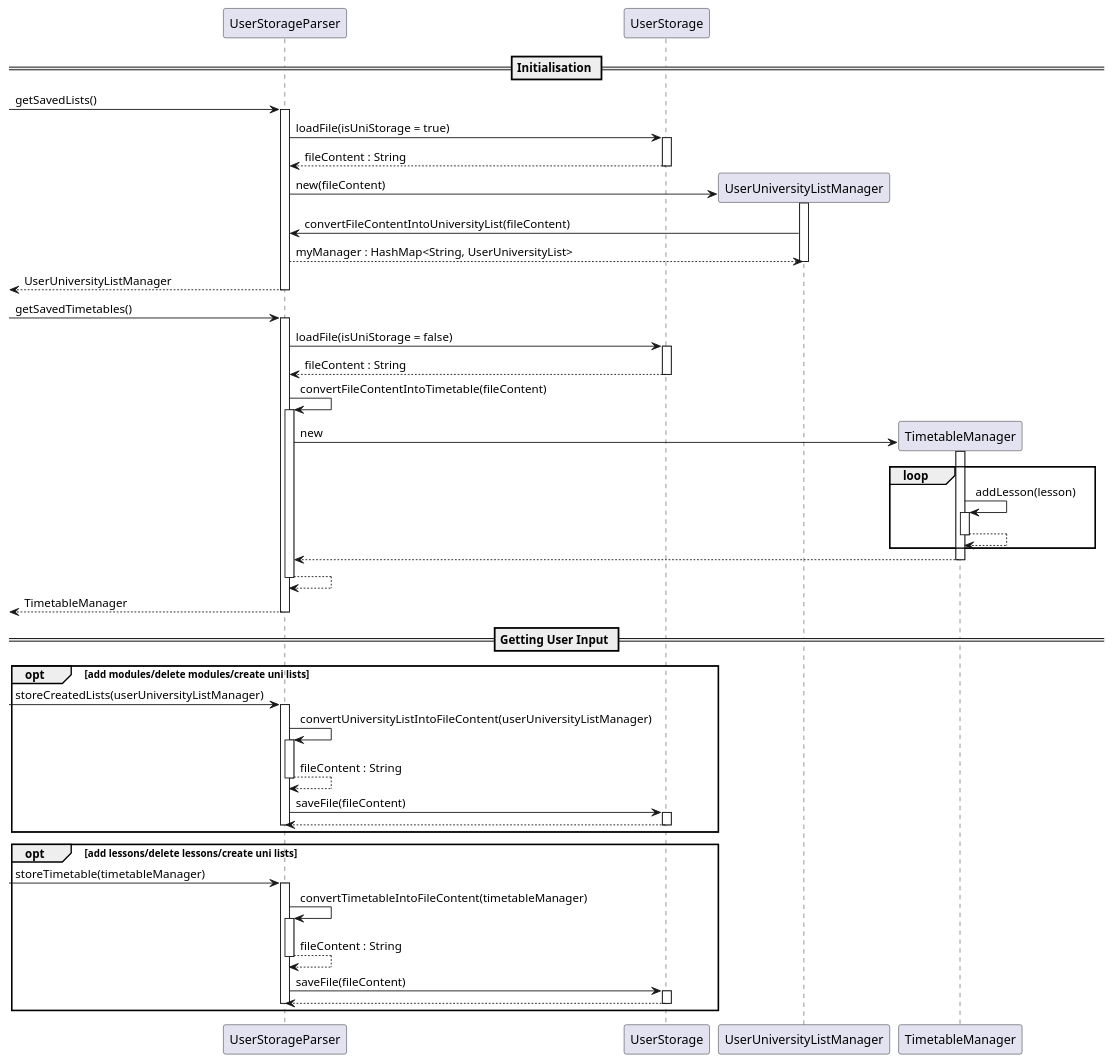
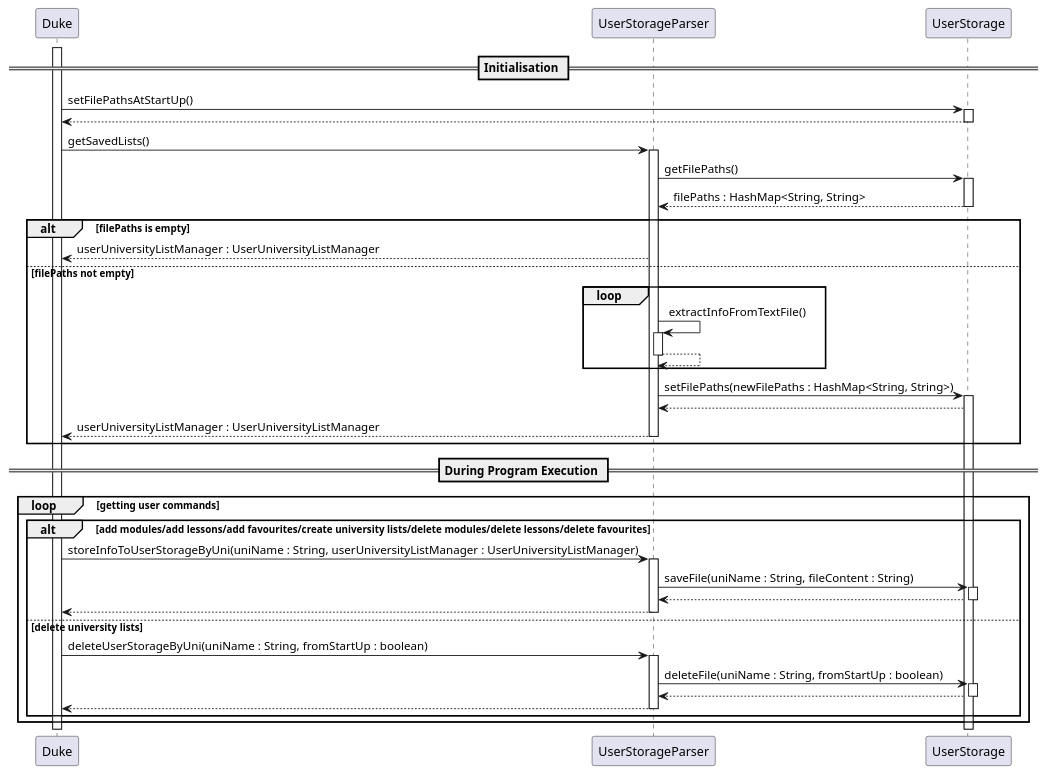
One commit to nus-cs2113-AY2223S1/tp changed the diagram in docs/diagrams/UserStorage_Sequence.puml. Above: the diagram before and after it, drawn with PlantUML. The commit also changed 7 other files, not shown here.

Commit message:
Update DG based on new implementation of user storage

```diff
--- a/docs/diagrams/UserStorage_Sequence.puml
+++ b/docs/diagrams/UserStorage_Sequence.puml
@@ -1,78 +1,57 @@
 @startuml
-
 == Initialisation ==
-
--> UserStorageParser : getSavedLists()
-activate UserStorageParser
-
-UserStorageParser -> UserStorage : loadFile(isUniStorage = true)
+activate Duke
+participant UserStorageParser
+Duke -> UserStorage : setFilePathsAtStartUp()
 activate UserStorage
-UserStorage --> UserStorageParser : fileContent : String
+UserStorage --> Duke
 deactivate UserStorage
 
-create UserUniversityListManager
-UserStorageParser -> UserUniversityListManager : new(fileContent)
-activate UserUniversityListManager
-UserUniversityListManager -> UserStorageParser : convertFileContentIntoUniversityList(fileContent)
-UserStorageParser --> UserUniversityListManager : myManager : HashMap<String, UserUniversityList>
-deactivate UserUniversityListManager
-<-- UserStorageParser : UserUniversityListManager
-deactivate UserStorageParser
+Duke -> UserStorageParser : getSavedLists()
+activate UserStorageParser
+UserStorageParser -> UserStorage : getFilePaths()
+activate UserStorage
+UserStorage --> UserStorageParser : filePaths : HashMap<String, String>
+deactivate UserStorage
+alt filePaths is empty
+UserStorageParser --> Duke : userUniversityListManager : UserUniversityListManager
 
--> UserStorageParser : getSavedTimetables()
+else filePaths not empty
+loop
+UserStorageParser -> UserStorageParser : extractInfoFromTextFile()
 activate UserStorageParser
-UserStorageParser -> UserStorage : loadFile(isUniStorage = false)
-activate UserStorage
-UserStorage --> UserStorageParser : fileContent : String
-deactivate UserStorage
-
-UserStorageParser -> UserStorageParser : convertFileContentIntoTimetable(fileContent)
-activate UserStorageParser
-create TimetableManager
-UserStorageParser -> TimetableManager : new
-activate TimetableManager
-loop
-TimetableManager -> TimetableManager : addLesson(lesson)
-activate TimetableManager
-TimetableManager --> TimetableManager
-deactivate TimetableManager
-end
-TimetableManager --> UserStorageParser
-deactivate TimetableManager
 UserStorageParser --> UserStorageParser
 deactivate UserStorageParser
-<-- UserStorageParser : TimetableManager
+end
+UserStorageParser -> UserStorage : setFilePaths(newFilePaths : HashMap<String, String>)
+activate UserStorage
+UserStorage --> UserStorageParser
+UserStorageParser --> Duke : userUniversityListManager : UserUniversityListManager
 deactivate UserStorageParser
+end
 
-== Getting User Input ==
-
-opt add modules/delete modules/create uni lists
--> UserStorageParser : storeCreatedLists(userUniversityListManager)
+== During Program Execution ==
+loop getting user commands
+alt add modules/add lessons/add favourites/create university lists/delete modules/delete lessons/delete favourites
+Duke -> UserStorageParser : storeInfoToUserStorageByUni(uniName : String, userUniversityListManager : UserUniversityListManager)
 activate UserStorageParser
-UserStorageParser -> UserStorageParser : convertUniversityListIntoFileContent(userUniversityListManager)
-activate UserStorageParser
-UserStorageParser --> UserStorageParser : fileContent : String
-deactivate UserStorageParser
-UserStorageParser -> UserStorage : saveFile(fileContent)
+UserStorageParser -> UserStorage : saveFile(uniName : String, fileContent : String)
 activate UserStorage
 UserStorage --> UserStorageParser
 deactivate UserStorage
+UserStorageParser --> Duke
 deactivate UserStorageParser
-end
 
-opt add lessons/delete lessons/create uni lists
--> UserStorageParser : storeTimetable(timetableManager)
+else delete university lists
+Duke -> UserStorageParser : deleteUserStorageByUni(uniName : String, fromStartUp : boolean)
 activate UserStorageParser
-UserStorageParser -> UserStorageParser : convertTimetableIntoFileContent(timetableManager)
-activate UserStorageParser
-UserStorageParser --> UserStorageParser : fileContent : String
-deactivate UserStorageParser
-UserStorageParser -> UserStorage : saveFile(fileContent)
+UserStorageParser -> UserStorage : deleteFile(uniName : String, fromStartUp : boolean)
 activate UserStorage
 UserStorage --> UserStorageParser
 deactivate UserStorage
+UserStorageParser --> Duke
 deactivate UserStorageParser
 end
-
+end
 
 @enduml
```
